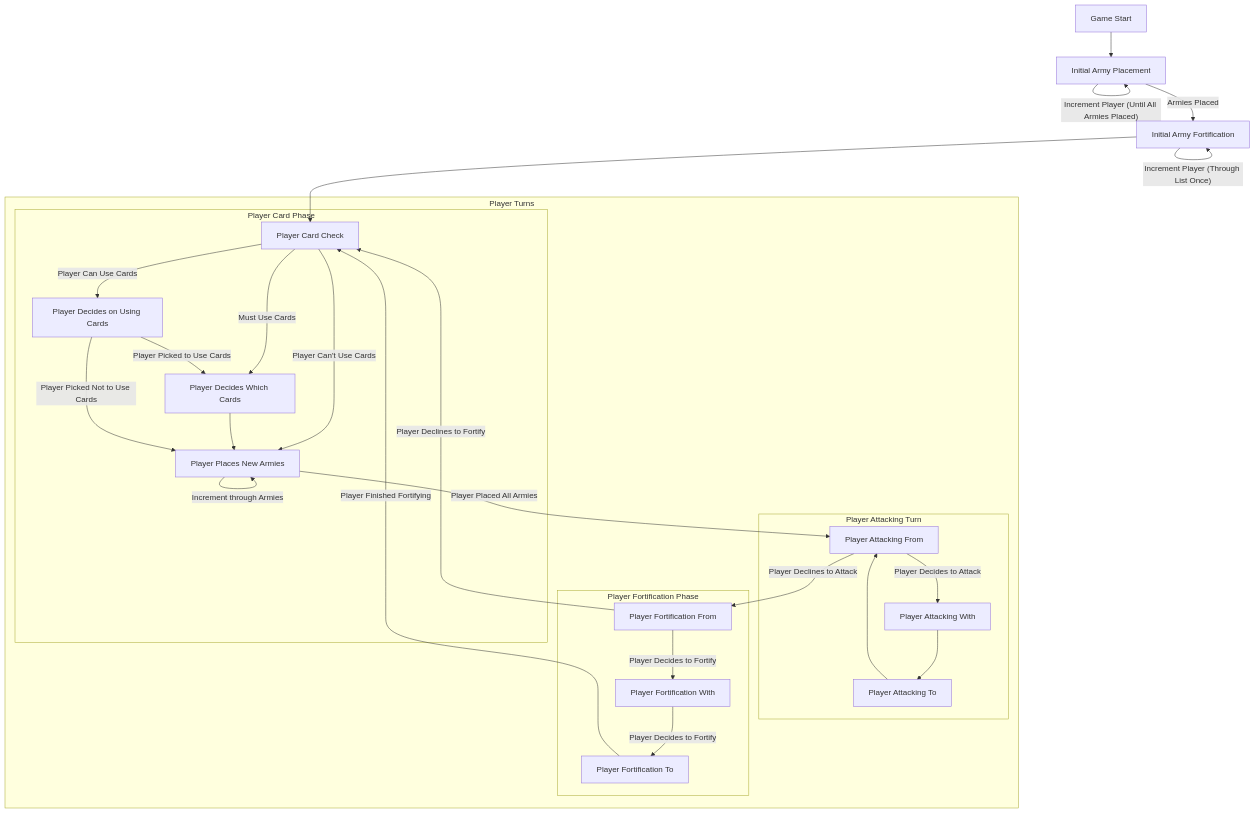
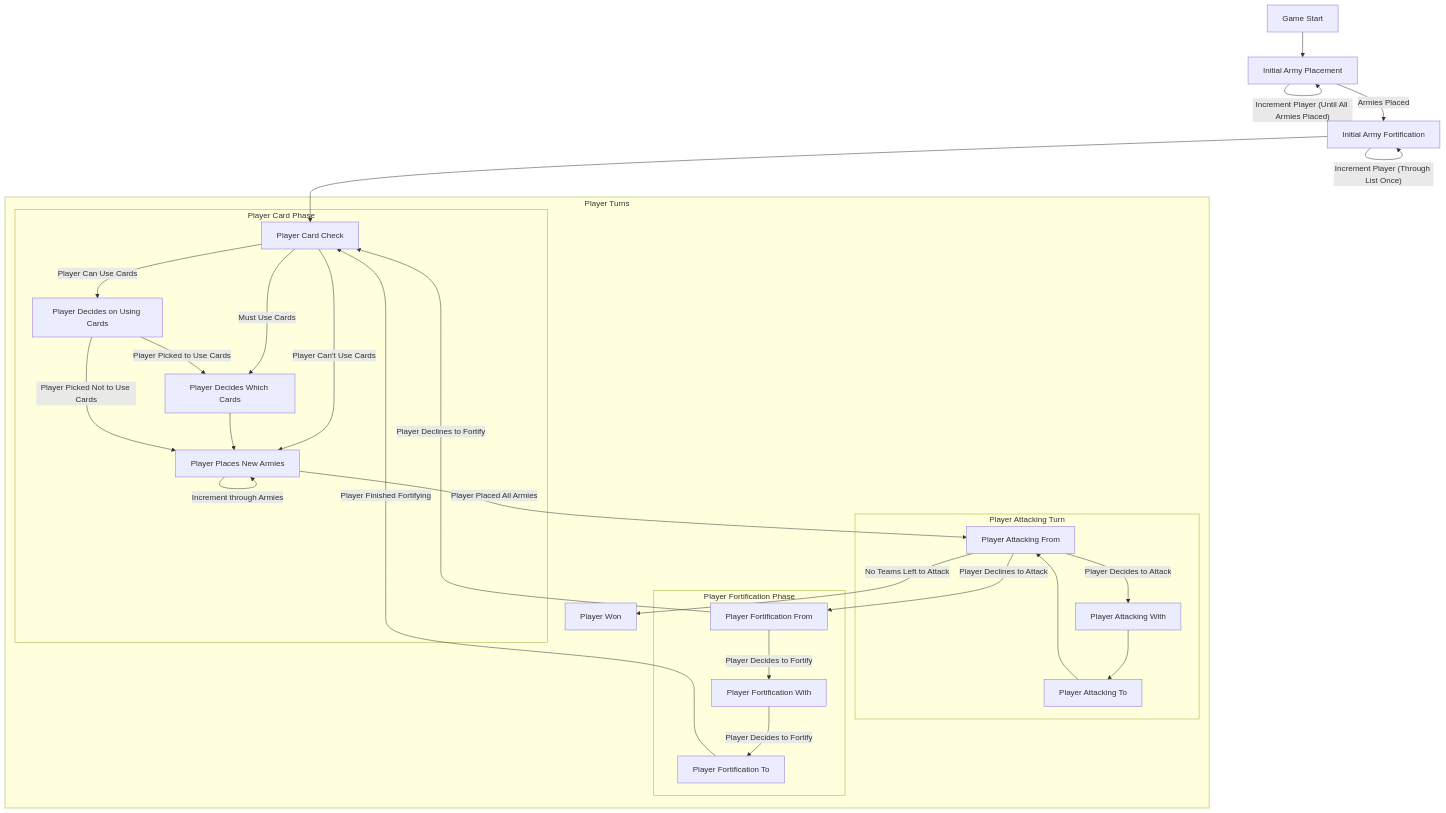
Before and after one commit to MostlyEngineered/awesome_risk: the diagram in design_notes.md, drawn with Mermaid. The commit also changed other lines of this file and 3 other files, not shown here.

````diff
--- a/design_notes.md
+++ b/design_notes.md
@@ -31,39 +31,42 @@
 ```mermaid
 flowchart TD
     A[Game Start] --> B[Initial Army Placement]
     B -- "Increment Player (Until All Armies Placed)" --> B
     B -- "Armies Placed" --> C[Initial Army Fortification]
     C -- "Increment Player (Through List Once)" --> C
     C --> D
     
     subgraph "Player Turns"
         subgraph "Player Card Phase"
             D[Player Card Check] -- "Player Can Use Cards" --> E[Player Decides on Using Cards]
             D -- "Player Can't Use Cards" --> G
             D -- "Must Use Cards" --> F[Player Decides Which Cards]
             F --> G
             E -- "Player Picked to Use Cards" --> F
             E -- "Player Picked Not to Use Cards" --> G
         end
         
 
             G[Player Places New Armies] -- "Increment through Armies" --> G
             G -- "Player Placed All Armies" --> H
         
         subgraph "Player Attacking Turn"
             H[Player Attacking From] -- "Player Decides to Attack" --> I
             I[Player Attacking With] --> J
             J[Player Attacking To]--> H
         end
         
         subgraph "Player Fortification Phase"
             H -- "Player Declines to Attack" --> K[Player Fortification From]
             K -- "Player Decides to Fortify" --> L[Player Fortification With]
             L -- "Player Decides to Fortify" --> M[Player Fortification To]
         end
         
         K -- "Player Declines to Fortify" --> D
         M -- "Player Finished Fortifying" --> D
         
+        H -- "No Teams Left to Attack" --> N[Player Won]
+        
+        
     end
 ```
````
